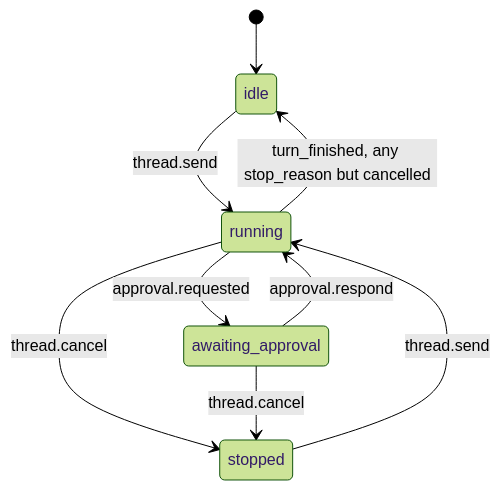
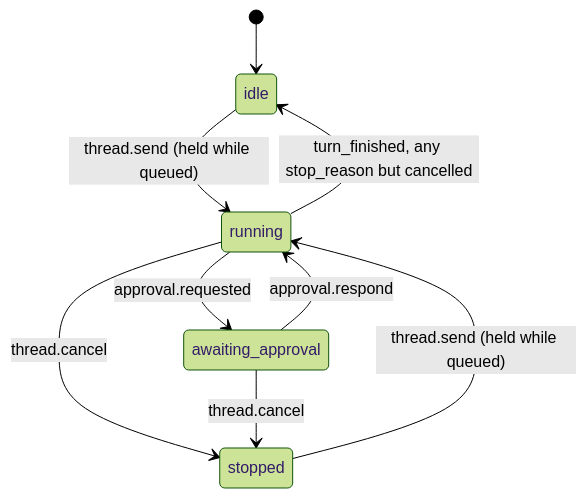
The first of 3 diagrams in specs/api/umbral-daemon-api-v1.md (ecrespo/umbral), drawn with Mermaid (forest theme) before and after one commit. The commit also changed other lines of this file and 30 other files, not shown here.

````diff
--- a/specs/api/umbral-daemon-api-v1.md
+++ b/specs/api/umbral-daemon-api-v1.md
@@ -1378,11 +1391,11 @@
 ```mermaid
 stateDiagram-v2
   [*] --> idle
-  idle --> running: thread.send
+  idle --> running: thread.send (held while queued)
   running --> awaiting_approval: approval.requested
   awaiting_approval --> running: approval.respond
   running --> idle: turn_finished, any stop_reason but cancelled
   running --> stopped: thread.cancel
   awaiting_approval --> stopped: thread.cancel
-  stopped --> running: thread.send
+  stopped --> running: thread.send (held while queued)
 ```
````
